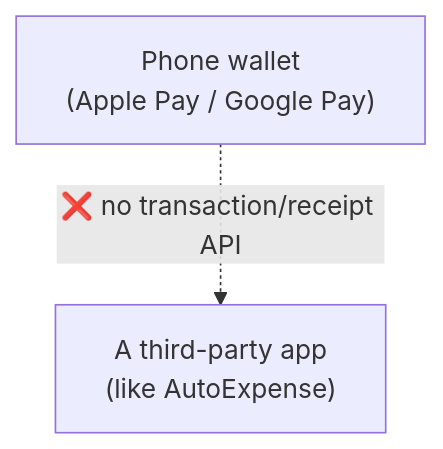
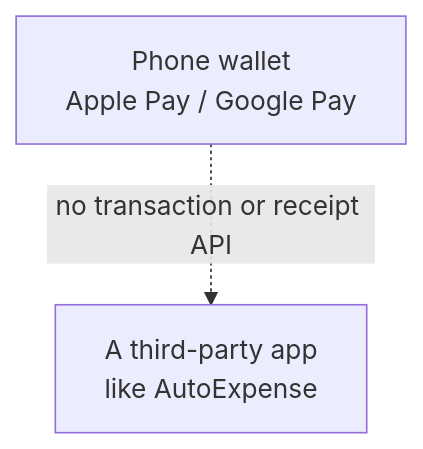
The first of 4 diagrams in docs/DATA-SOURCES.md (Nikorshun/autoexpense), drawn with Mermaid before and after one commit. The commit also changed other lines of this file and 3 other files, not shown here.

First line of the commit message:
Make all docs Mermaid diagrams GitHub-safe

````diff
--- a/docs/DATA-SOURCES.md
+++ b/docs/DATA-SOURCES.md
@@ -15,6 +15,6 @@
 ```mermaid
 flowchart TB
-    Wallet["Phone wallet<br/>(Apple Pay / Google Pay)"]
-    App["A third-party app<br/>(like AutoExpense)"]
-    Wallet -. ❌ no transaction/receipt API .-> App
+    Wallet["Phone wallet<br/>Apple Pay / Google Pay"]
+    App["A third-party app<br/>like AutoExpense"]
+    Wallet -. no transaction or receipt API .-> App
 ```
````
